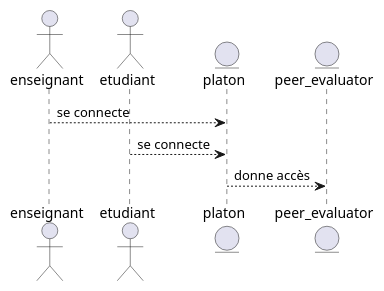
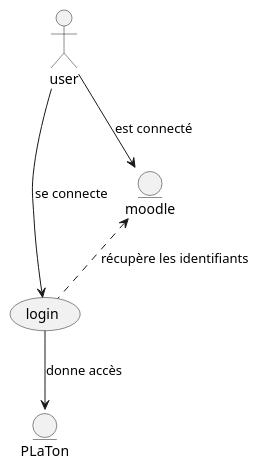
One commit to Jayque17/Peer-Evaluation changed the diagram in uml/connection.puml. Above: the diagram before and after it, drawn with PlantUML. The commit also changed 1 other file, not shown here.

Commit message:
change connection graph

```diff
--- a/uml/connection.puml
+++ b/uml/connection.puml
@@ -1,14 +1,13 @@
 @startuml
 
-actor enseignant
-actor etudiant
+actor user
+usecase login
+entity moodle
+entity PLaTon
 
-entity platon
-entity peer_evaluator
-
-enseignant --> platon : se connecte
-etudiant --> platon : se connecte
-
-platon --> peer_evaluator : donne accès
+user --> login : se connecte
+user --> moodle : est connecté
+moodle <-- login #line.dashed : récupère les identifiants
+login --> PLaTon : donne accès
 
 @enduml
```
